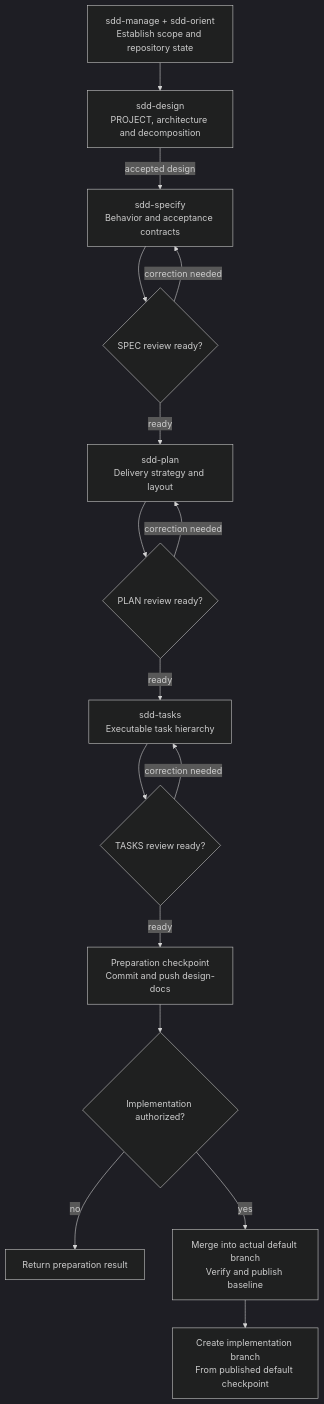
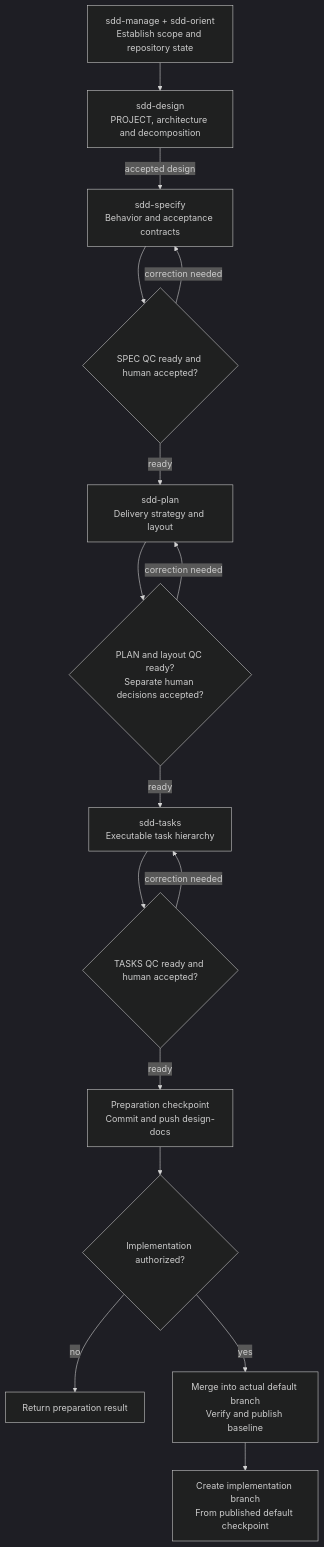
The first of 4 diagrams in README.md (pchemguy/SDD-Manager), drawn with Mermaid (dark theme) before and after one commit. The commit also changed other lines of this file and 17 other files, not shown here.

Commit message:
feat: require human review at new document boundaries

````diff
--- a/README.md
+++ b/README.md
@@ -69,18 +75,18 @@
 ```mermaid
 flowchart TB
     M["sdd-manage + sdd-orient<br/>Establish scope and repository state"] --> D["sdd-design<br/>PROJECT, architecture and decomposition"]
     D -->|"accepted design"| S["sdd-specify<br/>Behavior and acceptance contracts"]
-    S --> SQ{"SPEC review ready?"}
+    S --> SQ{"SPEC QC ready and human accepted?"}
     SQ -->|"correction needed"| S
     SQ -->|"ready"| P["sdd-plan<br/>Delivery strategy and layout"]
-    P --> PQ{"PLAN review ready?"}
+    P --> PQ{"PLAN and layout QC ready?<br/>Separate human decisions accepted?"}
     PQ -->|"correction needed"| P
     PQ -->|"ready"| T["sdd-tasks<br/>Executable task hierarchy"]
-    T --> TQ{"TASKS review ready?"}
+    T --> TQ{"TASKS QC ready and human accepted?"}
     TQ -->|"correction needed"| T
     TQ -->|"ready"| E["Preparation checkpoint<br/>Commit and push design-docs"]
     E --> A{"Implementation authorized?"}
     A -->|"no"| R["Return preparation result"]
     A -->|"yes"| G["Merge into actual default branch<br/>Verify and publish baseline"]
     G --> B["Create implementation branch<br/>From published default checkpoint"]
 ```
````
